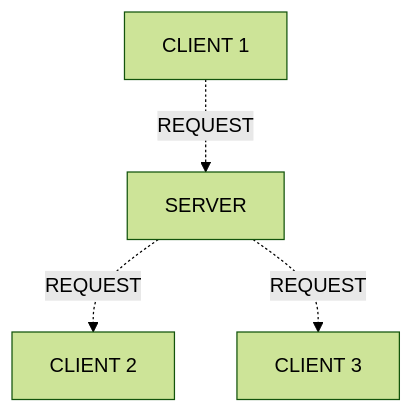
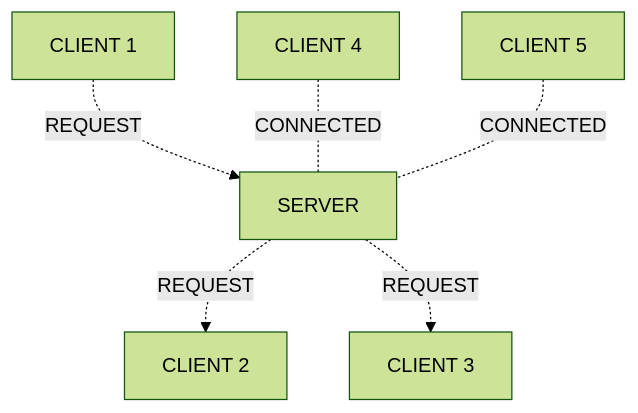
The second of 3 diagrams in README.md (wingemo/condvisa), drawn with Mermaid (forest theme) before and after one commit. The commit also changed other lines of this file, not shown here.

````diff
--- a/README.md
+++ b/README.md
@@ -19,6 +19,8 @@
 ```mermaid
 graph TD;
     id1[CLIENT 1]-. REQUEST .->SERVER;
     SERVER-. REQUEST .->id2[CLIENT 2];
     SERVER-. REQUEST .->id3[CLIENT 3];
+    id4[CLIENT 4]-. CONNECTED .-SERVER;
+    id5[CLIENT 5]-. CONNECTED .-SERVER;
 ```
````
